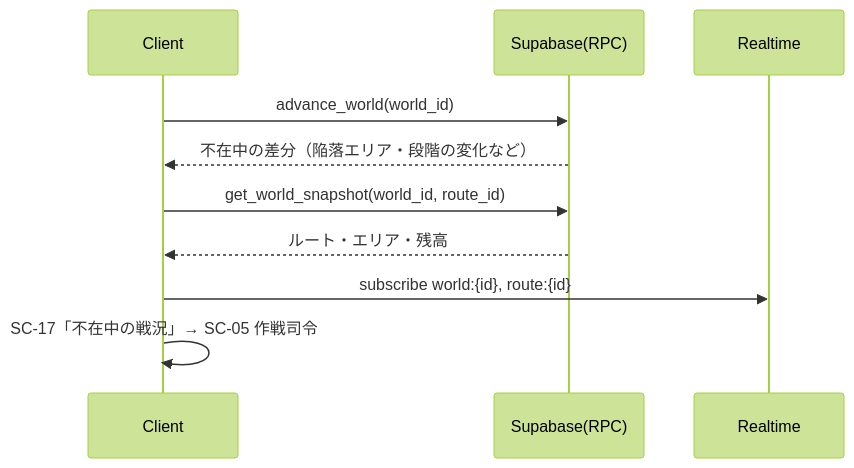
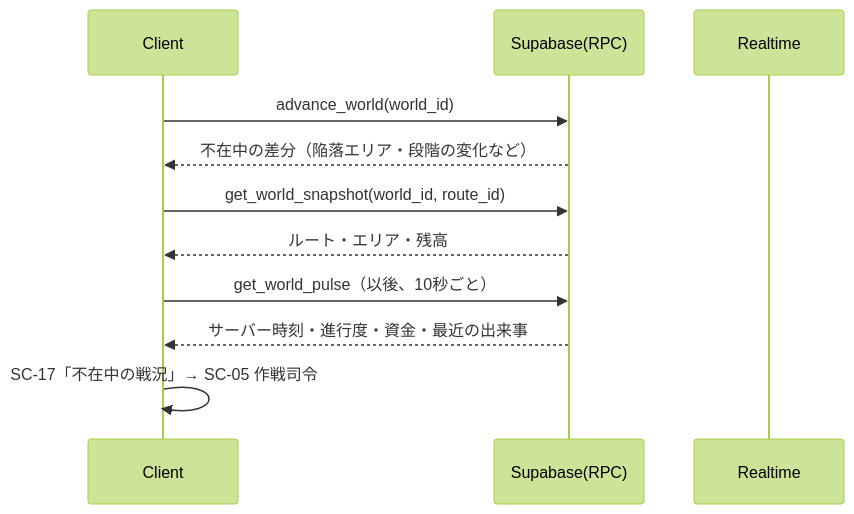
One commit to HasegawaTakatune/Relay-Resistance changed the third of 8 diagrams in docs/04_アーキテクチャ.md. Above: the diagram before and after it, drawn with Mermaid (forest theme). The commit also changed other lines of this file and 5 other files, not shown here.

````diff
--- a/docs/04_アーキテクチャ.md
+++ b/docs/04_アーキテクチャ.md
@@ -470,12 +517,13 @@
 ```mermaid
 sequenceDiagram
     participant C as Client
     participant DB as Supabase(RPC)
     participant RT as Realtime
     C->>DB: advance_world(world_id)
     DB-->>C: 不在中の差分（陥落エリア・段階の変化など）
     C->>DB: get_world_snapshot(world_id, route_id)
     DB-->>C: ルート・エリア・残高
-    C->>RT: subscribe world:{id}, route:{id}
+    C->>DB: get_world_pulse（以後、10秒ごと）
+    DB-->>C: サーバー時刻・進行度・資金・最近の出来事
     C->>C: SC-17「不在中の戦況」→ SC-05 作戦司令
 ```
````
